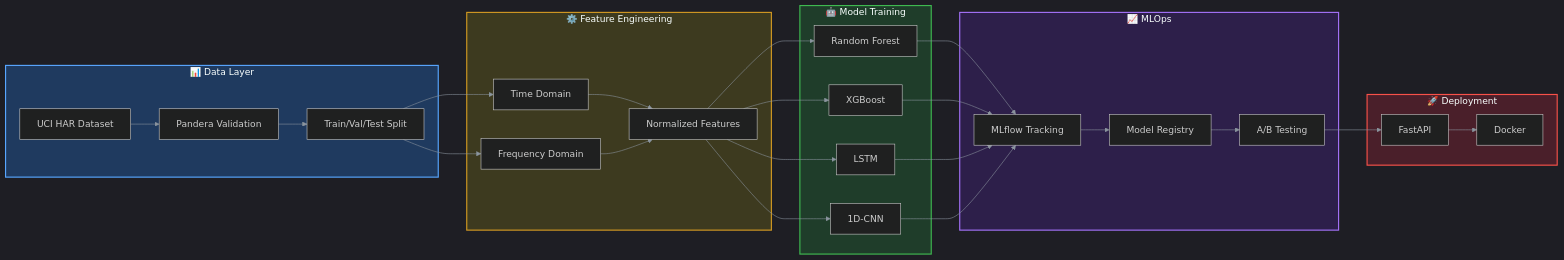
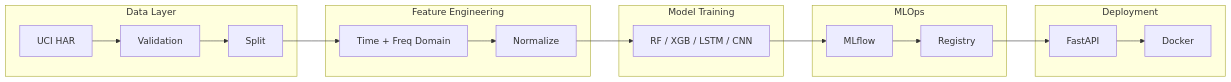
The diagram in README.md (deepakdeo/fittrack-ml), drawn with Mermaid before and after one commit.

````diff
--- a/README.md
+++ b/README.md
@@ -18,39 +18,18 @@
 ```mermaid
-%%{init: {'theme': 'dark', 'themeVariables': { 'primaryColor': '#58a6ff', 'primaryTextColor': '#e6edf3', 'primaryBorderColor': '#30363d', 'lineColor': '#8b949e', 'secondaryColor': '#161b22', 'tertiaryColor': '#0d1117'}}}%%
 flowchart LR
-    subgraph Data["📊 Data Layer"]
-        A[UCI HAR Dataset] --> B[Pandera Validation]
-        B --> C[Train/Val/Test Split]
+    subgraph Data[Data Layer]
+        A[UCI HAR] --> B[Validation] --> C[Split]
     end
-
-    subgraph Features["⚙️ Feature Engineering"]
-        C --> D[Time Domain]
-        C --> E[Frequency Domain]
-        D --> F[Normalized Features]
-        E --> F
+    subgraph Features[Feature Engineering]
+        C --> D[Time + Freq Domain] --> E[Normalize]
     end
-
-    subgraph Models["🤖 Model Training"]
-        F --> G[Random Forest]
-        F --> H[XGBoost]
-        F --> I[LSTM]
-        F --> J[1D-CNN]
+    subgraph Models[Model Training]
+        E --> F[RF / XGB / LSTM / CNN]
     end
-
-    subgraph MLOps["📈 MLOps"]
-        G & H & I & J --> K[MLflow Tracking]
-        K --> L[Model Registry]
-        L --> M[A/B Testing]
+    subgraph MLOps[MLOps]
+        F --> G[MLflow] --> H[Registry]
     end
-
-    subgraph Deploy["🚀 Deployment"]
-        M --> N[FastAPI]
-        N --> O[Docker]
+    subgraph Deploy[Deployment]
+        H --> I[FastAPI] --> J[Docker]
     end
-
-    style Data fill:#1f3a5f,stroke:#58a6ff,stroke-width:2px
-    style Features fill:#3d3a1f,stroke:#d29922,stroke-width:2px
-    style Models fill:#1f3d2a,stroke:#3fb950,stroke-width:2px
-    style MLOps fill:#2d1f4a,stroke:#a371f7,stroke-width:2px
-    style Deploy fill:#4a1f2a,stroke:#f85149,stroke-width:2px
 ```
````
